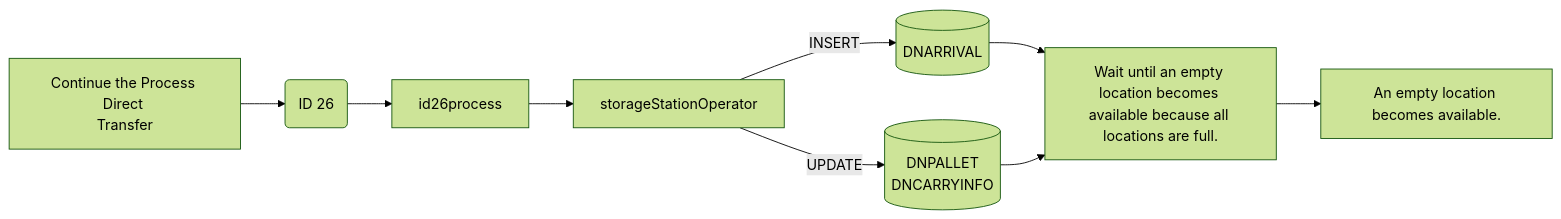
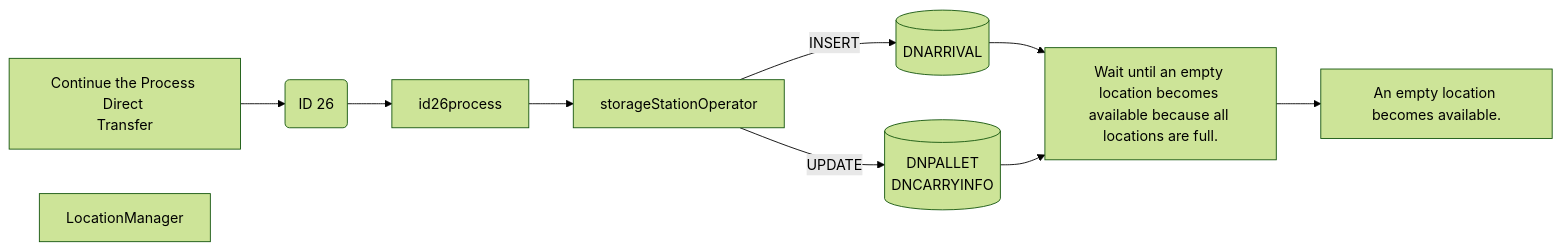
The fifth of 22 diagrams in Basic-Design/DFD-WMS/Storage/Palletizing-Settting/Irregular-Cases.md (luthfiadityaa/SimeDarby-Wiki), drawn with Mermaid (forest theme) before and after one commit.

Commit message:
Updated Irregular Cases

```diff
--- a/Basic-Design/DFD-WMS/Storage/Palletizing-Settting/Irregular-Cases.md
+++ b/Basic-Design/DFD-WMS/Storage/Palletizing-Settting/Irregular-Cases.md
@@ -236,36 +236,40 @@
 ::: mermaid
 flowchart LR
 
 releaseCommand["
 Continue the Process Direct 
 Transfer
 "]
 
 id26msg("
 ID 26
 ")
 
 id26-insert[("
 DNARRIVAL
 ")]
 
 id26-update[("
 DNPALLET
 DNCARRYINFO
 ")];
 
 releaseCommand2["
 Wait until an empty location becomes available because all locations are full.
 "]
 
+releaseCommand4["
+LocationManager
+"]
+
 releaseCommand3["
 An empty location becomes available. 
 "]
 
 storageStationOperator[storageStationOperator]
 
 releaseCommand-->id26msg-->id26process-->storageStationOperator
 storageStationOperator--> |INSERT| id26-insert-->releaseCommand2
 storageStationOperator--> |UPDATE| id26-update-->releaseCommand2
 releaseCommand2-->releaseCommand3
 :::
```
